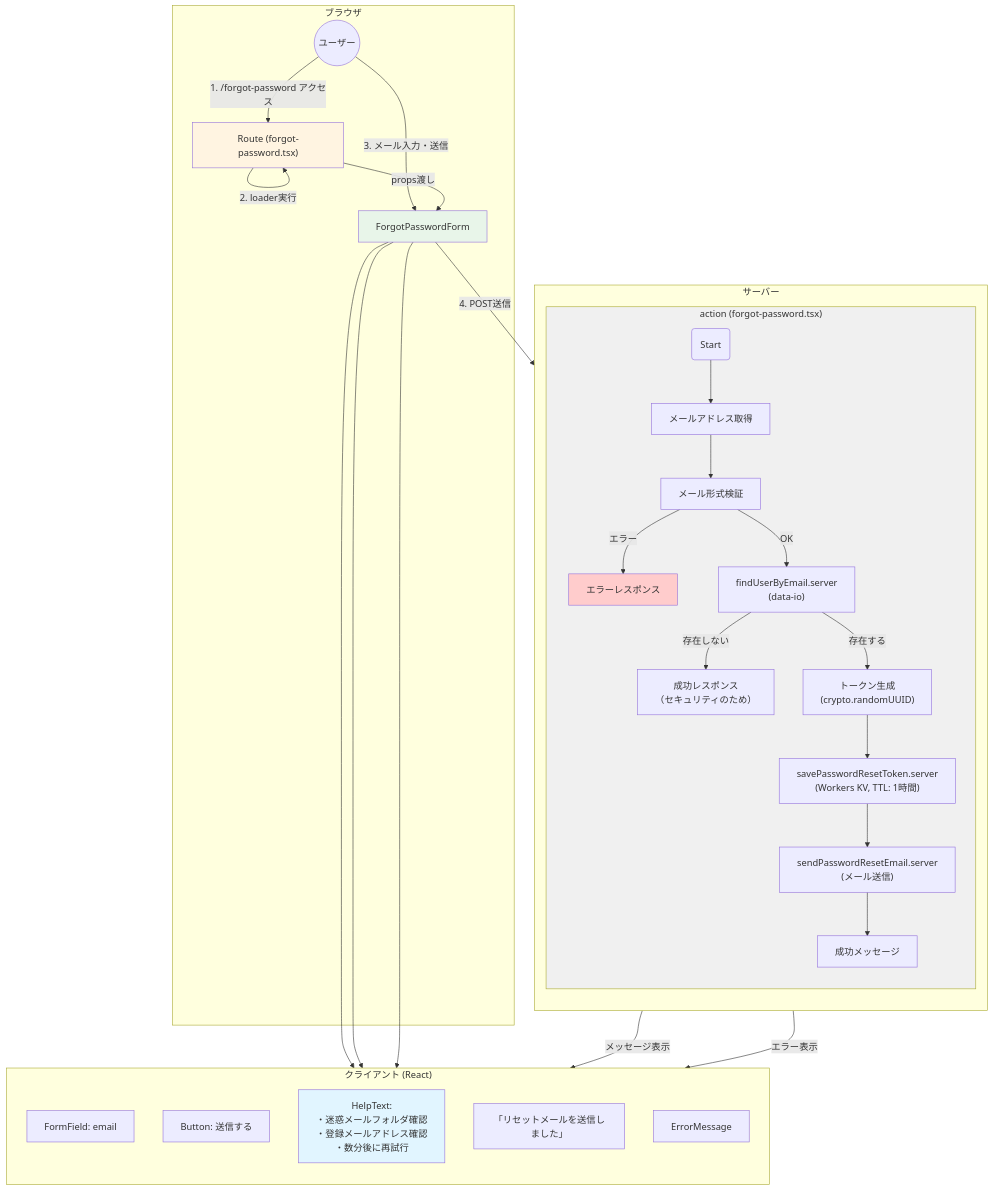
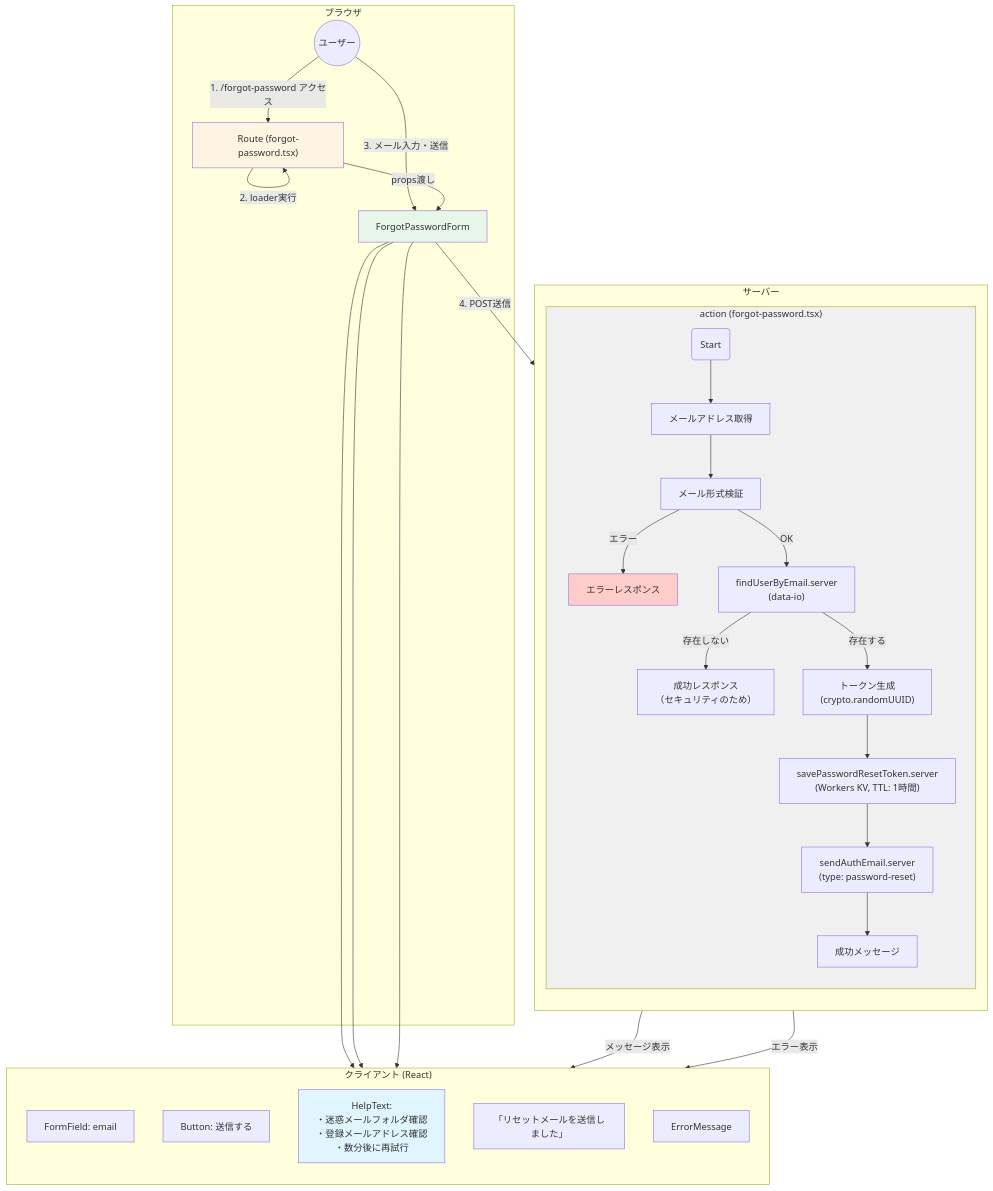
One commit to tezuka-Akihiro/ClaudeMix changed the fourth of 18 diagrams in develop/account/authentication/data-flow-diagram.md. Above: the diagram before and after it, drawn with Mermaid. The commit also changed other lines of this file and 7 other files, not shown here.

````diff
--- a/develop/account/authentication/data-flow-diagram.md
+++ b/develop/account/authentication/data-flow-diagram.md
@@ -200,45 +200,45 @@
 ```mermaid
 graph TD
     subgraph Browser["ブラウザ"]
         User((ユーザー)) -- "1. /forgot-password アクセス" --> ForgotRoute["Route (forgot-password.tsx)"]
         User -- "3. メール入力・送信" --> ForgotForm["ForgotPasswordForm"]
     end
 
     subgraph Server["サーバー"]
         direction TB
 
         subgraph Action["action (forgot-password.tsx)"]
             Action_Start("Start") --> GetEmail["メールアドレス取得"]
             GetEmail --> ValidateEmail["メール形式検証"]
             ValidateEmail -- "エラー" --> ReturnError["エラーレスポンス"]
             ValidateEmail -- "OK" --> FindUser["findUserByEmail.server<br/>(data-io)"]
             FindUser -- "存在しない" --> SilentSuccess["成功レスポンス<br/>（セキュリティのため）"]
             FindUser -- "存在する" --> GenerateToken["トークン生成<br/>(crypto.randomUUID)"]
             GenerateToken --> SaveToken["savePasswordResetToken.server<br/>(Workers KV, TTL: 1時間)"]
-            SaveToken --> SendEmail["sendPasswordResetEmail.server<br/>(メール送信)"]
+            SaveToken --> SendEmail["sendAuthEmail.server<br/>(type: password-reset)"]
             SendEmail --> ActionEnd["成功メッセージ"]
         end
 
         ForgotRoute -- "2. loader実行" --> ForgotRoute
         ForgotForm -- "4. POST送信" --> Action_Start
     end
 
     subgraph Client["クライアント (React)"]
         direction TB
 
         ForgotRoute -- "props渡し" --> ForgotForm
 
         ForgotForm --> EmailField["FormField: email"]
         ForgotForm --> SubmitBtn["Button: 送信する"]
         ForgotForm --> HelpText["HelpText:<br/>・迷惑メールフォルダ確認<br/>・登録メールアドレス確認<br/>・数分後に再試行"]
 
         ActionEnd -- "メッセージ表示" --> SuccessMsg["「リセットメールを送信しました」"]
         ReturnError -- "エラー表示" --> ErrorMsg["ErrorMessage"]
     end
 
     style ForgotRoute fill:#fff4e1
     style Action fill:#f0f0f0
     style ForgotForm fill:#e8f5e9
     style HelpText fill:#e1f5ff
     style ReturnError fill:#ffcccc
 ```
````
